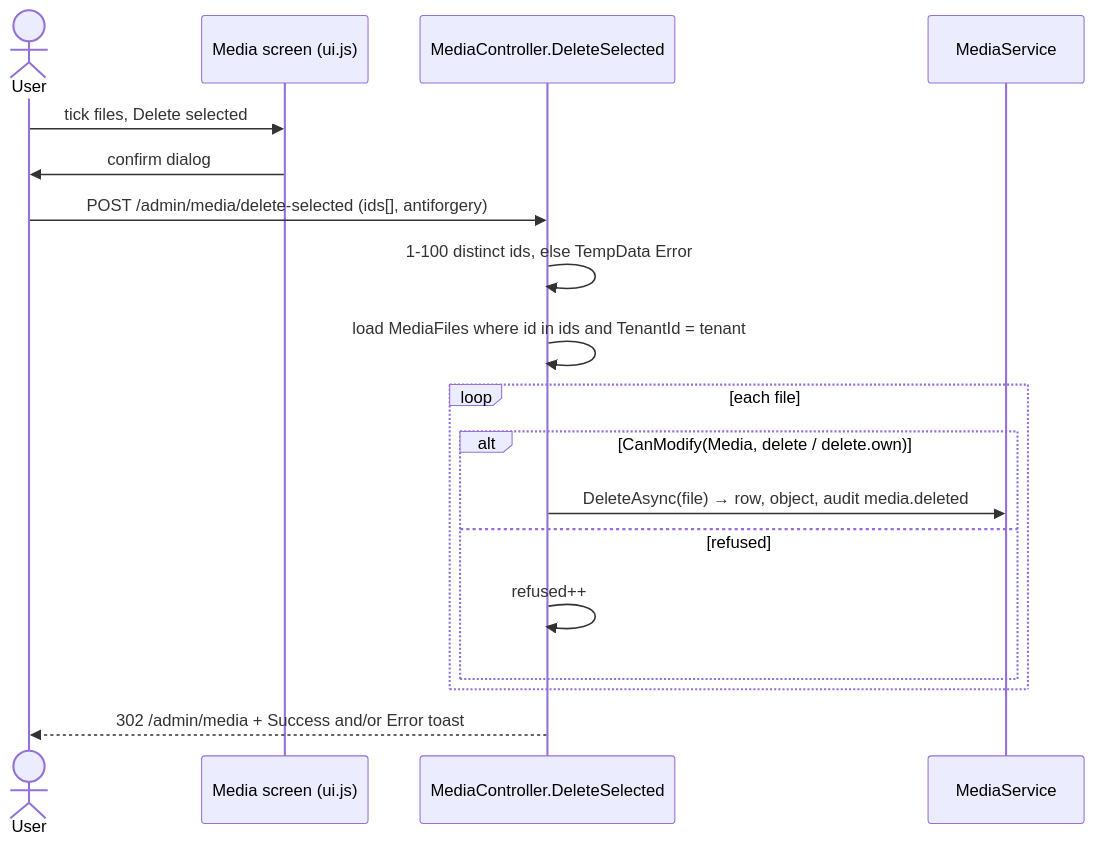
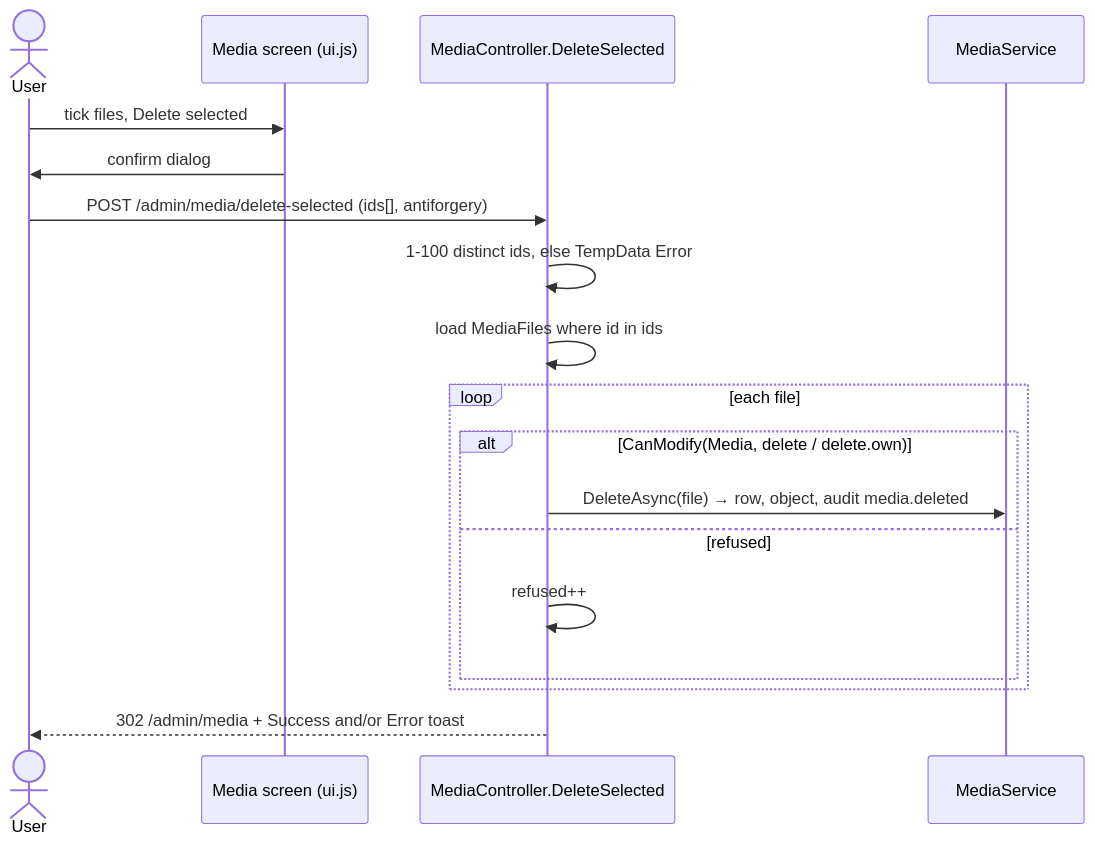
One commit to Albadit/DotNetForge changed the first of 2 diagrams in .docs/pages/media.md. Above: the diagram before and after it, drawn with Mermaid. The commit also changed other lines of this file and 306 other files, not shown here.

````diff
--- a/.docs/pages/media.md
+++ b/.docs/pages/media.md
@@ -105,20 +105,20 @@
 ```mermaid
 sequenceDiagram
     actor U as User
     participant V as Media screen (ui.js)
     participant C as MediaController.DeleteSelected
     participant M as MediaService
     U->>V: tick files, Delete selected
     V->>U: confirm dialog
     U->>C: POST /admin/media/delete-selected (ids[], antiforgery)
     C->>C: 1-100 distinct ids, else TempData Error
-    C->>C: load MediaFiles where id in ids and TenantId = tenant
+    C->>C: load MediaFiles where id in ids
     loop each file
         alt CanModify(Media, delete / delete.own)
             C->>M: DeleteAsync(file) → row, object, audit media.deleted
         else refused
             C->>C: refused++
         end
     end
     C-->>U: 302 /admin/media + Success and/or Error toast
 ```
````
